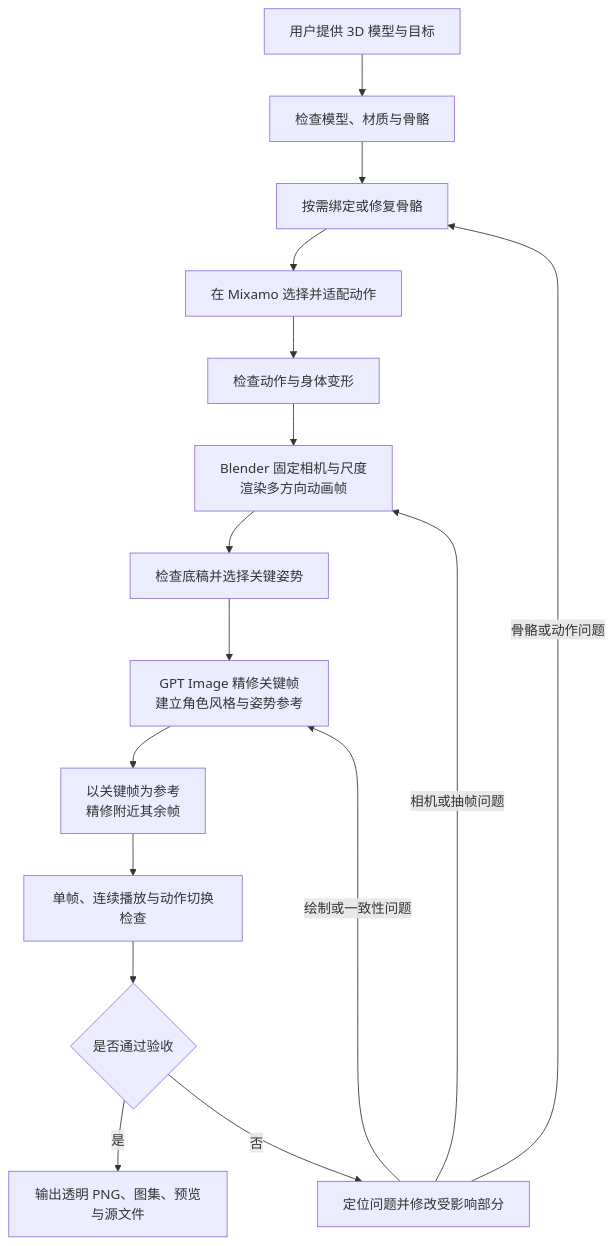
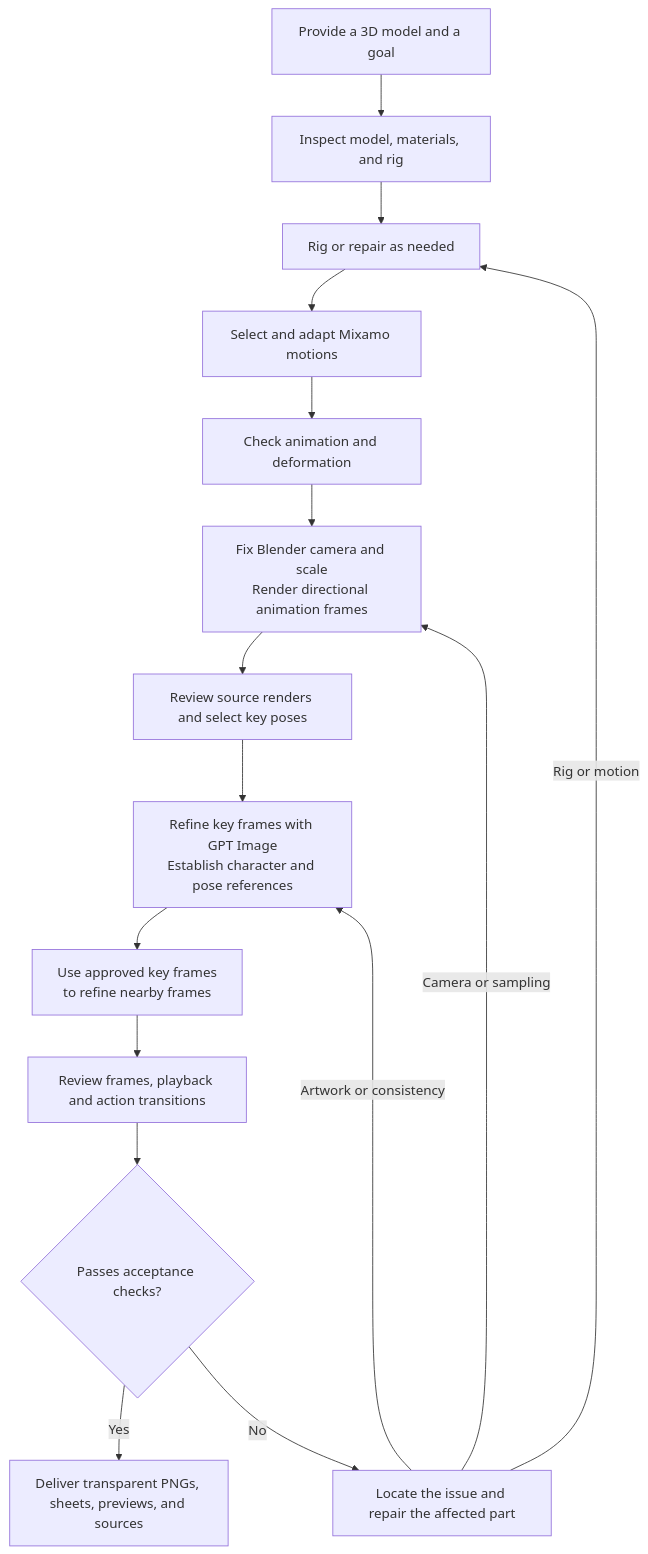
The diagram in README.md (zhangrlll/codex-to-2d-sprites), drawn with Mermaid before and after one commit. The commit also changed other lines of this file and 8 other files, not shown here.

````diff
--- a/README.md
+++ b/README.md
@@ -66,18 +66,18 @@
 ```mermaid
 flowchart TD
-    A[用户提供 3D 模型与目标] --> B[检查模型、材质与骨骼]
-    B --> C[按需绑定或修复骨骼]
-    C --> D[在 Mixamo 选择并适配动作]
-    D --> E[检查动作与身体变形]
-    E --> F[Blender 固定相机与尺度\n渲染多方向动画帧]
-    F --> G[检查底稿并选择关键姿势]
-    G --> H[GPT Image 精修关键帧\n建立角色风格与姿势参考]
-    H --> I[以关键帧为参考\n精修附近其余帧]
-    I --> J[单帧、连续播放与动作切换检查]
-    J --> K{是否通过验收}
-    K -- 是 --> L[输出透明 PNG、图集、预览与源文件]
-    K -- 否 --> M[定位问题并修改受影响部分]
-    M -- 骨骼或动作问题 --> C
-    M -- 相机或抽帧问题 --> F
-    M -- 绘制或一致性问题 --> H
+    A[Provide a 3D model and a goal] --> B[Inspect model, materials, and rig]
+    B --> C[Rig or repair as needed]
+    C --> D[Select and adapt Mixamo motions]
+    D --> E[Check animation and deformation]
+    E --> F[Fix Blender camera and scale\nRender directional animation frames]
+    F --> G[Review source renders and select key poses]
+    G --> H[Refine key frames with GPT Image\nEstablish character and pose references]
+    H --> I[Use approved key frames\nto refine nearby frames]
+    I --> J[Review frames, playback and action transitions]
+    J --> K{Passes acceptance checks?}
+    K -- Yes --> L[Deliver transparent PNGs, sheets, previews, and sources]
+    K -- No --> M[Locate the issue and repair the affected part]
+    M -- Rig or motion --> C
+    M -- Camera or sampling --> F
+    M -- Artwork or consistency --> H
 ```
````
